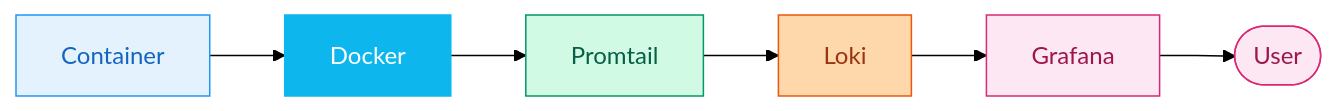
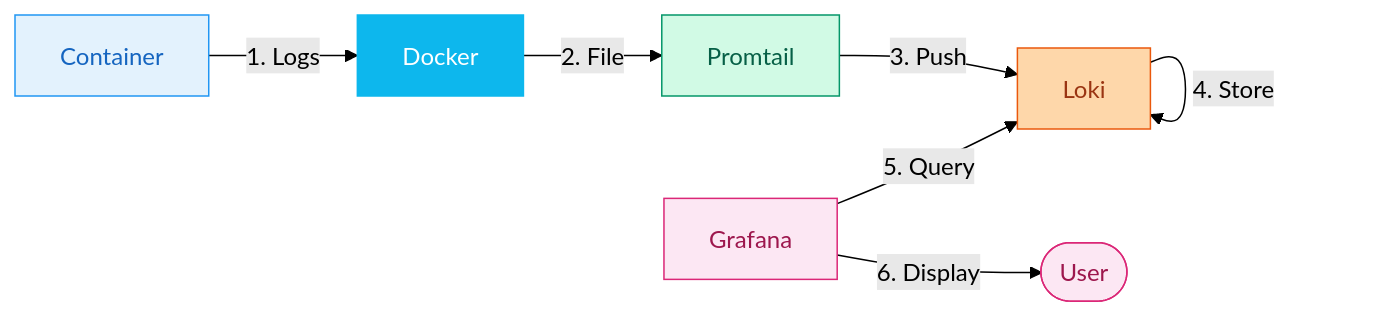
Before and after one commit to Mykyta-Home-Server/homeserver: the second of 3 diagrams in docs-site/src/content/docs/guides/monitoring.mdx, drawn with Mermaid (forest theme). The commit also changed other lines of this file and 2 other files, not shown here.

First line of the commit message:
Redesign all Mermaid diagrams: square layouts with compact labels

````diff
--- a/docs-site/src/content/docs/guides/monitoring.mdx
+++ b/docs-site/src/content/docs/guides/monitoring.mdx
@@ -75,20 +72,28 @@
 ```mermaid
 flowchart LR
-    Container[Container] --> Docker[Docker]
-    Docker --> Promtail[Promtail]
-    Promtail --> Loki[Loki]
-    Loki --> Grafana[Grafana]
-    Grafana --> User([User])
+    Container[Container]
+    Docker[Docker]
+    Promtail[Promtail]
+    Loki[Loki]
+    Grafana[Grafana]
+    User([User])
+
+    Container -->|1. Logs| Docker
+    Docker -->|2. File| Promtail
+    Promtail -->|3. Push| Loki
+    Loki -->|4. Store| Loki
+    Grafana -->|5. Query| Loki
+    Grafana -->|6. Display| User
 
     classDef container fill:#e3f2fd,stroke:#2196f3,color:#1565c0
     classDef docker fill:#0db7ed,stroke:#0db7ed,color:#fff
     classDef promtail fill:#d1fae5,stroke:#059669,color:#065f46
     classDef loki fill:#fed7aa,stroke:#ea580c,color:#9a3412
     classDef grafana fill:#fce7f3,stroke:#db2777,color:#9d174d
 
     class Container container
     class Docker docker
     class Promtail promtail
     class Loki loki
     class Grafana,User grafana
 ```
````
